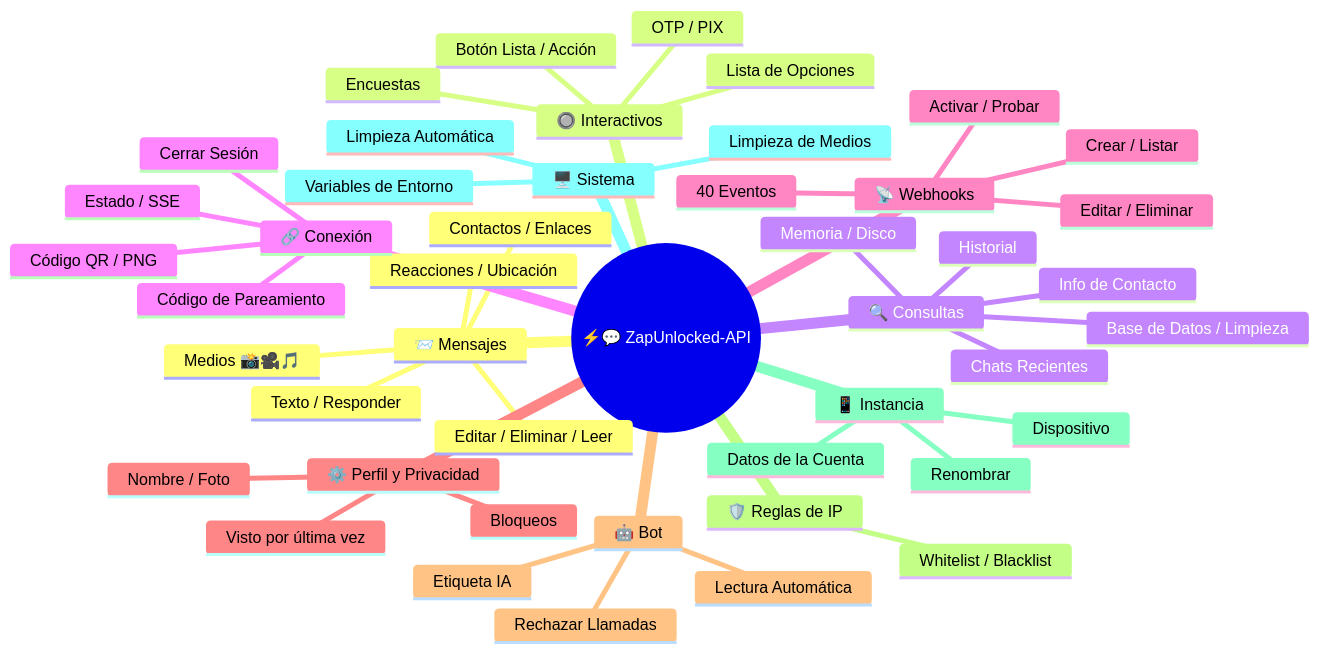
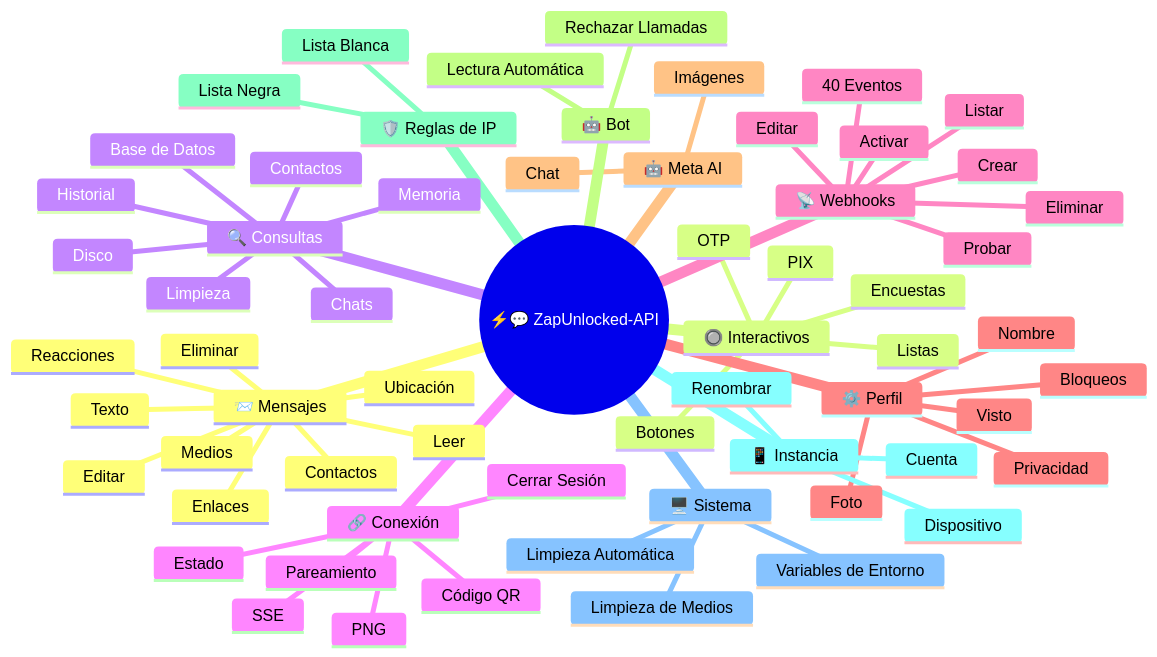
The first of 2 diagrams in docs/translations/es.md (kauafpssx/ZapUnlocked-API), drawn with Mermaid before and after one commit. The commit also changed other lines of this file and 12 other files, not shown here.

````diff
--- a/docs/translations/es.md
+++ b/docs/translations/es.md
@@ -55,49 +56,75 @@
 ```mermaid
 mindmap
   root((⚡💬 ZapUnlocked-API))
     📨 Mensajes
-      Texto / Responder
-      Medios 📸🎥🎵
-      Reacciones / Ubicación
-      Contactos / Enlaces
-      Editar / Eliminar / Leer
+      Texto
+      Medios
+      Reacciones
+      Ubicación
+      Contactos
+      Enlaces
+      Editar
+      Eliminar
+      Leer
+
     🔘 Interactivos
-      Botón Lista / Acción
-      OTP / PIX
-      Lista de Opciones
+      Botones
+      Listas
+      OTP
+      PIX
       Encuestas
+
     🔍 Consultas
-      Info de Contacto
+      Contactos
       Historial
-      Chats Recientes
-      Memoria / Disco
-      Base de Datos / Limpieza
+      Chats
+      Memoria
+      Disco
+      Base de Datos
+      Limpieza
+
     🔗 Conexión
-      Estado / SSE
-      Código QR / PNG
-      Código de Pareamiento
+      Estado
+      SSE
+      Código QR
+      PNG
+      Pareamiento
       Cerrar Sesión
+
     📡 Webhooks
-       Crear / Listar
-       Editar / Eliminar
-       Activar / Probar
-       40 Eventos
-    ⚙️ Perfil y Privacidad
-      Nombre / Foto
-      Visto por última vez
+      Crear
+      Listar
+      Editar
+      Eliminar
+      Activar
+      Probar
+      40 Eventos
+
+    ⚙️ Perfil
+      Nombre
+      Foto
+      Privacidad
+      Visto
       Bloqueos
+
+    🤖 Meta AI
+      Chat
+      Imágenes
     🤖 Bot
-      Etiqueta IA
+      Lectura Automática
       Rechazar Llamadas
-      Lectura Automática
+
     🛡️ Reglas de IP
-      Whitelist / Blacklist
+      Lista Blanca
+      Lista Negra
+
     📱 Instancia
-      Datos de la Cuenta
+      Cuenta
       Dispositivo
       Renombrar
+
     🖥️ Sistema
       Variables de Entorno
       Limpieza de Medios
       Limpieza Automática
 ```
````
